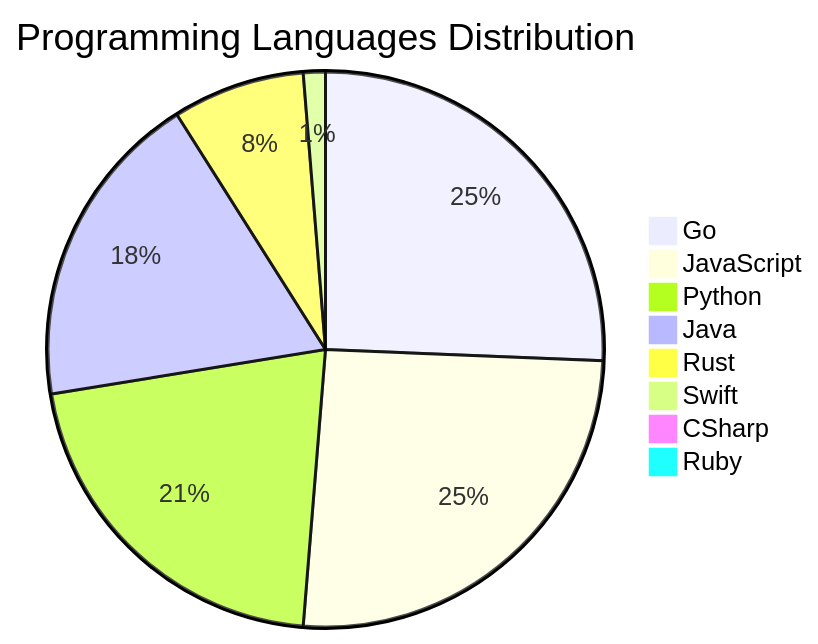
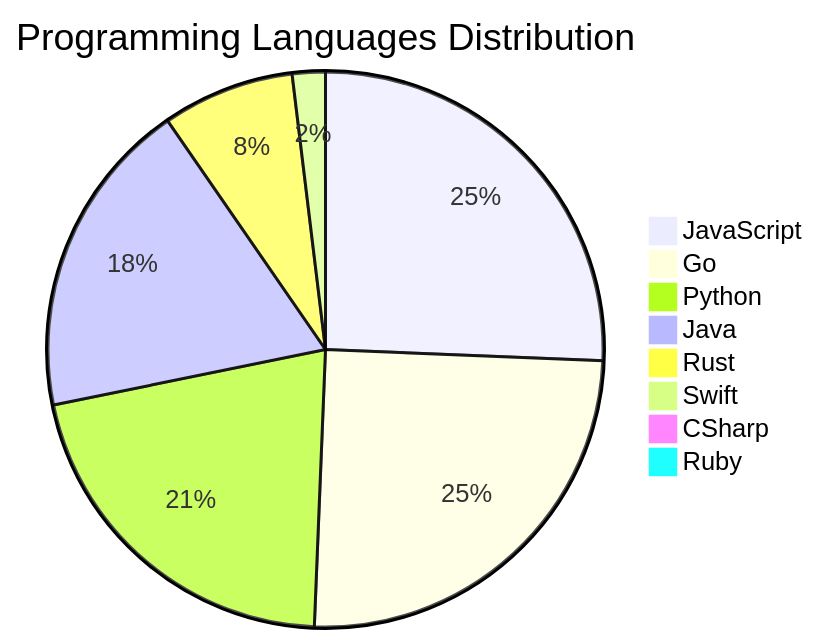
One commit to Derrick-MUGISHA/github-activity-bot changed the diagram in README.md. Above: the diagram before and after it, drawn with Mermaid. The commit also changed other lines of this file and 4 other files, not shown here.

````diff
--- a/README.md
+++ b/README.md
@@ -208,11 +208,11 @@
 ```mermaid
 pie title Programming Languages Distribution
-    "Go" : 40
     "JavaScript" : 40
+    "Go" : 39
     "Python" : 33
     "Java" : 29
     "Rust" : 12
-    "Swift" : 2
+    "Swift" : 3
     "CSharp" : 1
     "Ruby" : 1
 ```
````
